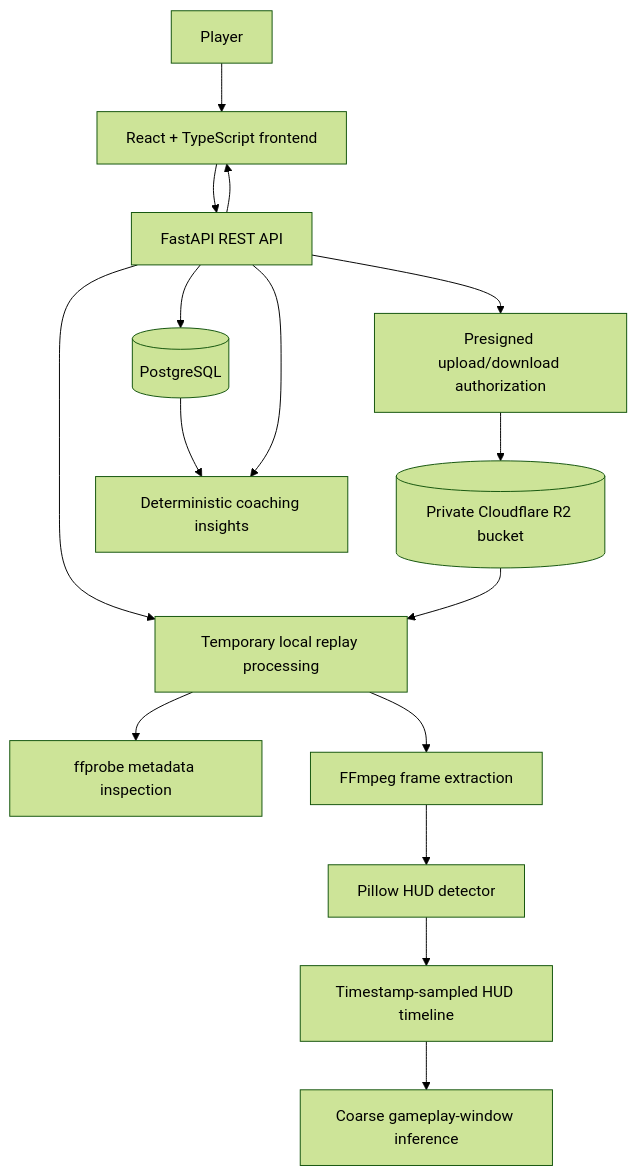
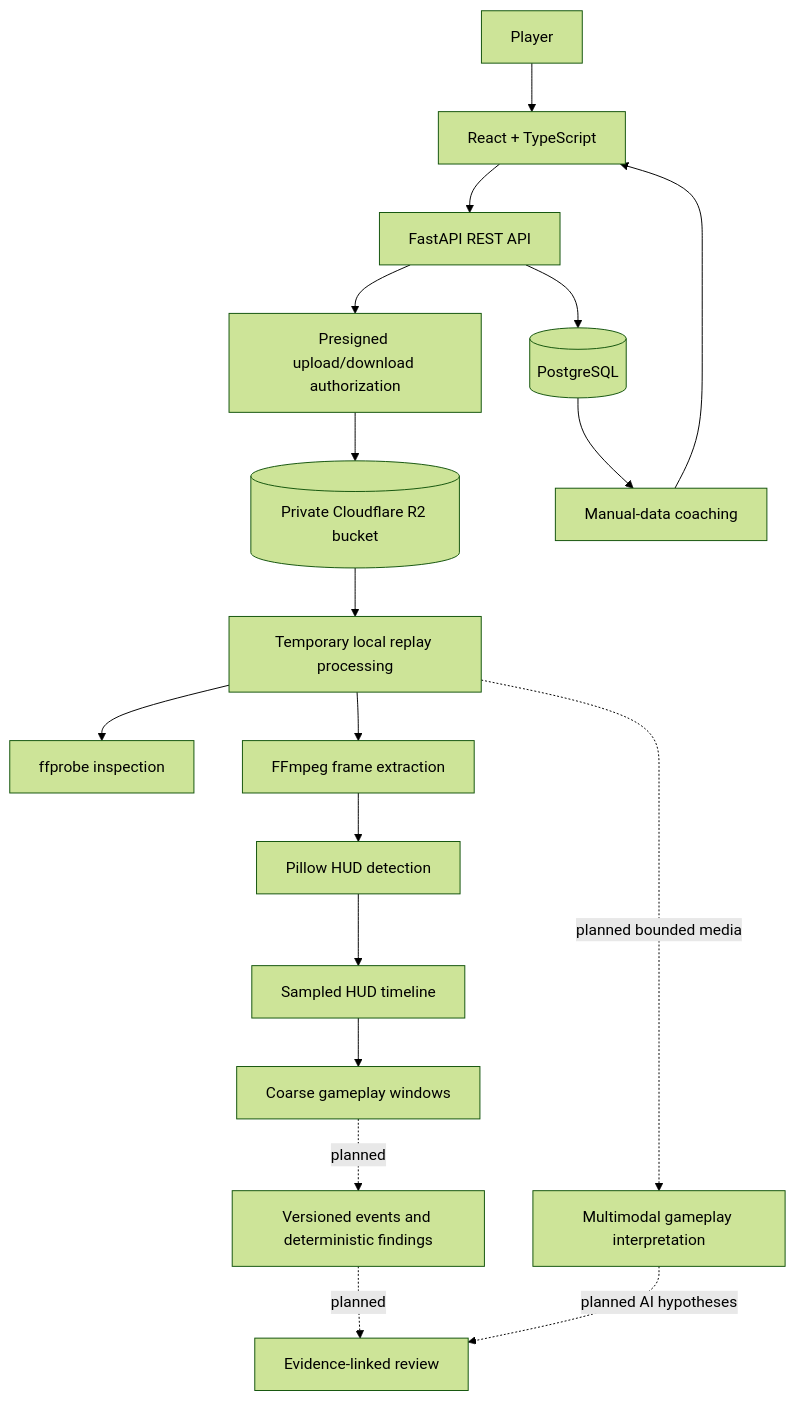
Before and after one commit to AnthonyGarcia07/guilty-gear-coach: the diagram in README.md, drawn with Mermaid (forest theme). The commit also changed other lines of this file and 16 other files, not shown here.

Commit message:
docs: add project guidance and development roadmap

````diff
--- a/README.md
+++ b/README.md
@@ -115,20 +122,23 @@
 ```mermaid
 flowchart TD
-    Player[Player] --> Frontend[React + TypeScript frontend]
+    Player[Player] --> Frontend[React + TypeScript]
     Frontend --> API[FastAPI REST API]
     API --> Postgres[(PostgreSQL)]
     API --> StorageAuth[Presigned upload/download authorization]
     StorageAuth --> R2[(Private Cloudflare R2 bucket)]
 
-    API --> LocalProcessing[Temporary local replay processing]
-    R2 --> LocalProcessing
-    LocalProcessing --> FFprobe[ffprobe metadata inspection]
-    LocalProcessing --> FFmpeg[FFmpeg frame extraction]
-    FFmpeg --> HUD[Pillow HUD detector]
-    HUD --> Timeline[Timestamp-sampled HUD timeline]
-    Timeline --> Windows[Coarse gameplay-window inference]
+    R2 --> Processing[Temporary local replay processing]
+    Processing --> FFprobe[ffprobe inspection]
+    Processing --> FFmpeg[FFmpeg frame extraction]
+    FFmpeg --> HUD[Pillow HUD detection]
+    HUD --> Timeline[Sampled HUD timeline]
+    Timeline --> Windows[Coarse gameplay windows]
 
-    Postgres --> Coaching[Deterministic coaching insights]
-    API --> Coaching
-    API --> Frontend
+    Postgres --> ManualCoaching[Manual-data coaching]
+    ManualCoaching --> Frontend
+
+    Windows -. planned .-> Rules[Versioned events and deterministic findings]
+    Processing -. planned bounded media .-> LLM[Multimodal gameplay interpretation]
+    Rules -. planned .-> Review[Evidence-linked review]
+    LLM -. planned AI hypotheses .-> Review
 ```
````
